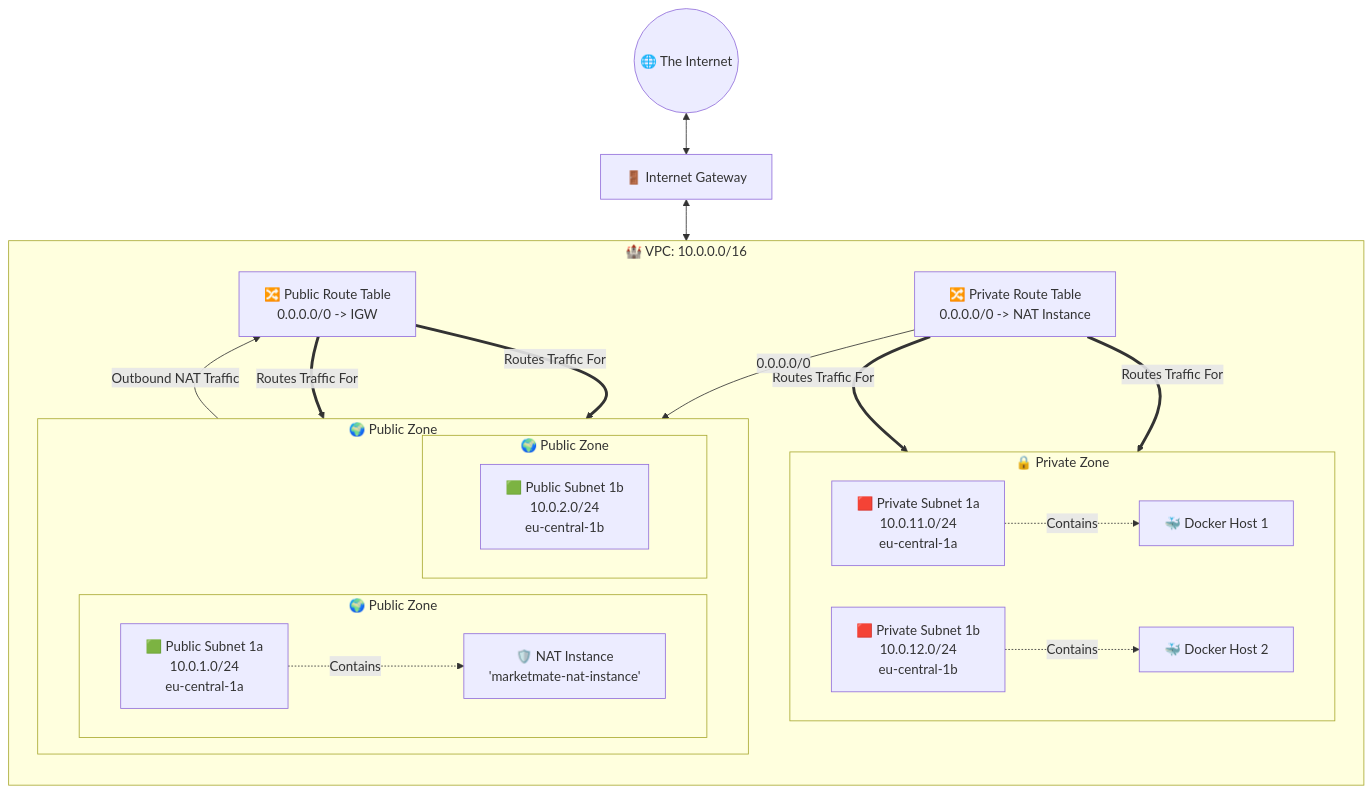
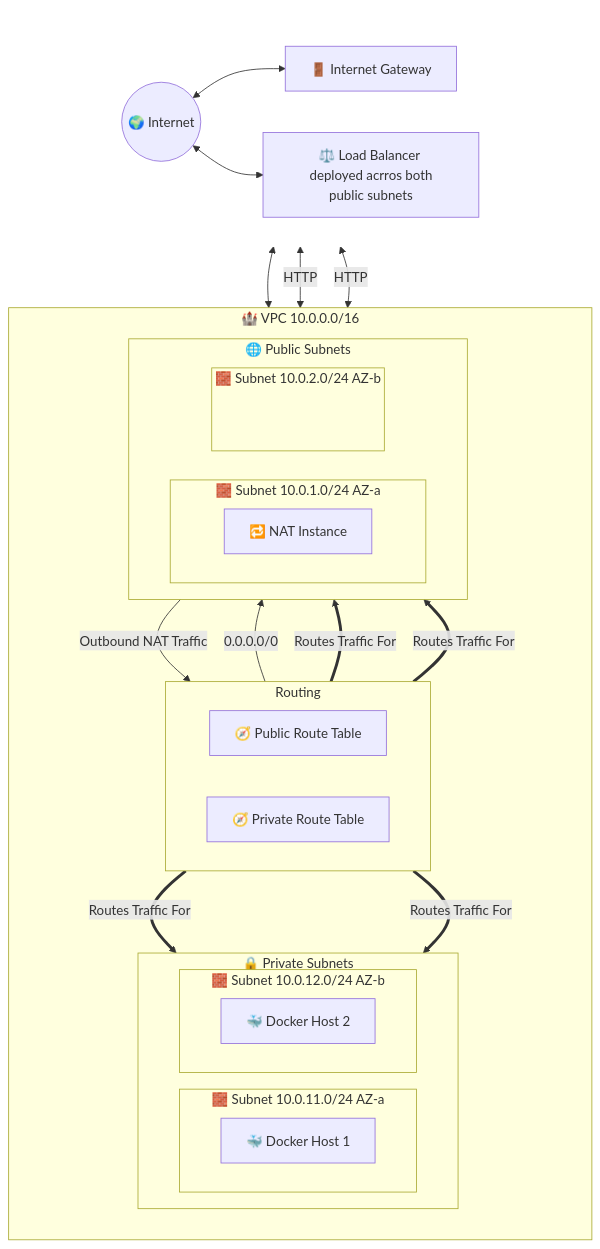
Before and after one commit to nesmomik/MarketMate: the second of 3 diagrams in README.md, drawn with Mermaid. The commit also changed other lines of this file, not shown here.

Commit message:
docs: first part of README

````diff
--- a/README.md
+++ b/README.md
@@ -76,59 +75,83 @@
 ``` mermaid
 graph TD
-    %% Internet Connection
-    Internet((🌐 The Internet))
-    IGW[🚪 Internet Gateway]
 
-    %% VPC Definition
-    subgraph VPC [🏰 VPC: 10.0.0.0/16]
-        direction TB
+%% ---------------- EDGE LAYER ----------------
+subgraph Edge[Edge]
+direction LR
+Internet((🌍 Internet))
+IGW[🚪 Internet Gateway]
+LB[⚖️ Load Balancer <br/> deployed acrros both public subnets]
+end
 
-        %% Route Tables
-        PublicRT[🔀 Public Route Table <br/> 0.0.0.0/0 -> IGW]
-        PrivateRT[🔀 Private Route Table <br/> 0.0.0.0/0 -> NAT Instance]
+%% ---------------- VPC ----------------
+subgraph VPC[🏰 VPC 10.0.0.0/16]
+direction TB
 
-        %% Public Subnets
-        subgraph PublicZone [🌍 Public Zone]
-            direction LR
-            subgraph Public [🌍 Public Zone]
-                PubSub1A[🟩 Public Subnet 1a <br/> 10.0.1.0/24 <br/> eu-central-1a]
-                NAT[🛡️ NAT Instance <br/> 'marketmate-nat-instance']
-            end
-            subgraph Publiic [🌍 Public Zone]
-                PubSub1B[🟩 Public Subnet 1b <br/> 10.0.2.0/24 <br/> eu-central-1b]
-            end 
-        end
+%% ROUTING
+subgraph Routing[Routing]
+direction LR
+PublicRT[🧭 Public Route Table]
+PrivateRT[🧭 Private Route Table]
+end
 
-        %% Private Subnets
-        subgraph PrivateZone [🔒 Private Zone]
-            direction LR
-            PrivSub1A[🟥 Private Subnet 1a <br/> 10.0.11.0/24 <br/> eu-central-1a]
-            PrivSub1B[🟥 Private Subnet 1b <br/> 10.0.12.0/24 <br/> eu-central-1b]
-            
-            %% Key Components in Private Subnets
-            Docker1[🐳 Docker Host 1]
-            Docker2[🐳 Docker Host 2]
-        end
+%% PUBLIC TIER
+subgraph PublicTier[🌐 Public Subnets]
+direction LR
 
-        %% Physical Placements
-        PubSub1A -. Contains .-> NAT
-        PrivSub1A -. Contains .-> Docker1
-        PrivSub1B -. Contains .-> Docker2
+subgraph PublicA[🧱 Subnet 10.0.1.0/24 AZ-a]
+NAT[🔁 NAT Instance]
+end
 
-        %% Routing Associations
-        PublicRT ==>|Routes Traffic For| PubSub1A
-        PublicRT ==>|Routes Traffic For| PubSub1B
-        
-        PrivateRT ==>|Routes Traffic For| PrivSub1A
-        PrivateRT ==>|Routes Traffic For| PrivSub1B
-    end
+subgraph PublicB[🧱 Subnet 10.0.2.0/24 AZ-b]
+PubSpacer[ ]:::invisible
+end
 
-    %% External Connections
-    Internet <--> IGW
-    IGW <--> PublicRT
-    
-    %% Internal Routing Flows
-    NAT -->|Outbound NAT Traffic| PublicRT
-    PrivateRT -->|0.0.0.0/0| NAT
+end
 
+%% PRIVATE TIER
+subgraph PrivateTier[🔒 Private Subnets]
+direction LR
+
+subgraph PrivateA[🧱 Subnet 10.0.11.0/24 AZ-a]
+Docker1[🐳 Docker Host 1]
+end
+
+subgraph PrivateB[🧱 Subnet 10.0.12.0/24 AZ-b]
+Docker2[🐳 Docker Host 2]
+end
+
+end
+
+end
+
+%% ---------------- FLOWS ----------------
+
+%% Internet to Edge
+Internet <--> IGW
+Internet <--> LB
+
+%% Edge to Routing
+IGW <--> PublicRT
+
+%% Routing to Subnets
+PublicRT ==>|Routes Traffic For| PublicA
+PublicRT ==>|Routes Traffic For| PublicB
+
+PrivateRT ==>|Routes Traffic For| PrivateA
+PrivateRT ==>|Routes Traffic For| PrivateB
+
+%% Load Balancer to Private Hosts
+LB <-->|HTTP| Docker1
+LB <-->|HTTP| Docker2
+
+%% NAT and PrivateRT
+PrivateRT -->|0.0.0.0/0| NAT
+NAT -->|Outbound NAT Traffic| PublicRT
+
+%% ---------------- STYLES ----------------
+classDef invisible fill:none,stroke:none,color:transparent;
+class PubSpacer invisible;
+
+%% Make the Edge subgraph transparent
+class Edge invisible;
 ```
````
